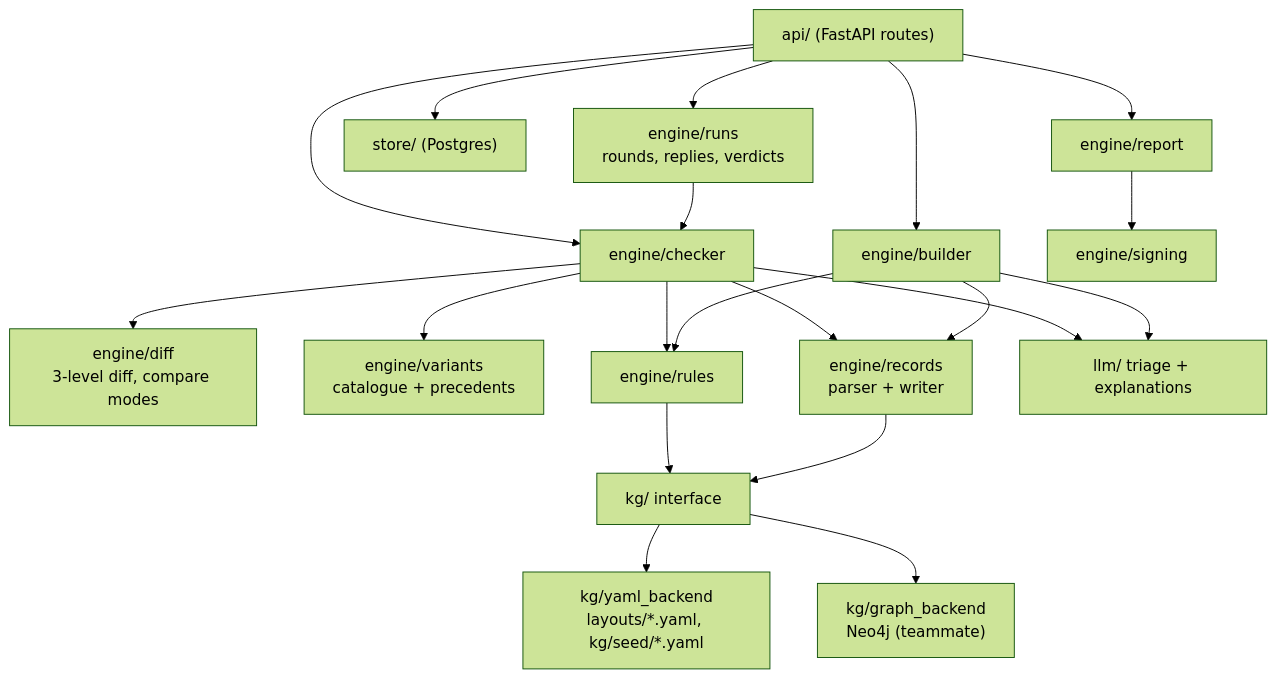
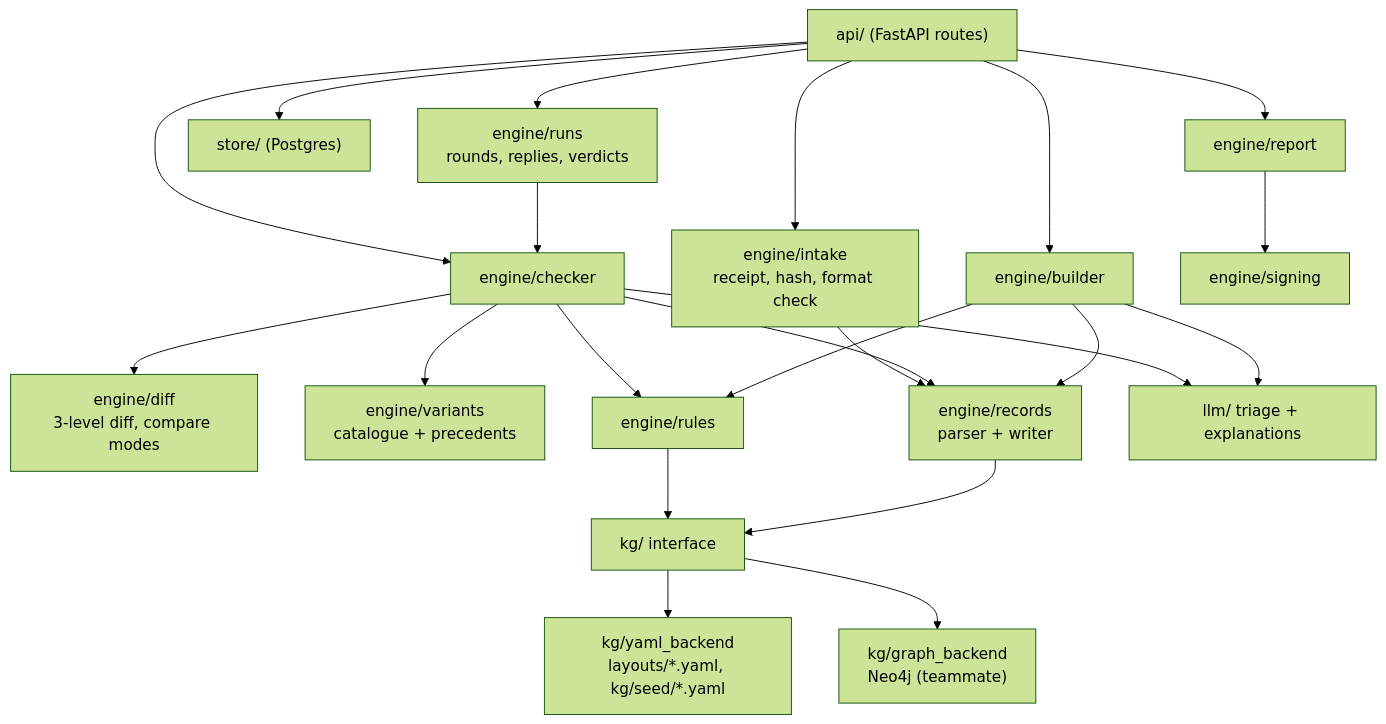
Before and after one commit to ahlemtr/ITSG-Futury-Build-day: the diagram in plan/diagrams/09_backend_components.md, drawn with Mermaid (forest theme). The commit also changed 10 other files, not shown here.

````diff
--- a/plan/diagrams/09_backend_components.md
+++ b/plan/diagrams/09_backend_components.md
@@ -3,22 +3,24 @@
 ```mermaid
 flowchart TD
     API["api/ (FastAPI routes)"] --> CHK["engine/checker"]
     API --> BLD["engine/builder"]
     API --> REP["engine/report"]
     API --> DB["store/ (Postgres)"]
     CHK --> DF["engine/diff<br/>3-level diff, compare modes"]
     CHK --> VC["engine/variants<br/>catalogue + precedents"]
+    API --> INT["engine/intake<br/>receipt, hash, format check"]
+    INT --> PAR
     API --> RUN["engine/runs<br/>rounds, replies, verdicts"]
     RUN --> CHK
     CHK --> PAR["engine/records<br/>parser + writer"]
     CHK --> RUL["engine/rules"]
     CHK --> LLM["llm/ triage + explanations"]
     BLD --> RUL
     BLD --> PAR
     BLD --> LLM
     RUL --> KGI["kg/ interface"]
     PAR --> KGI
     KGI --> KGY["kg/yaml_backend<br/>layouts/*.yaml, kg/seed/*.yaml"]
     KGI --> KGG["kg/graph_backend<br/>Neo4j (teammate)"]
     REP --> SIG["engine/signing"]
 ```
````
